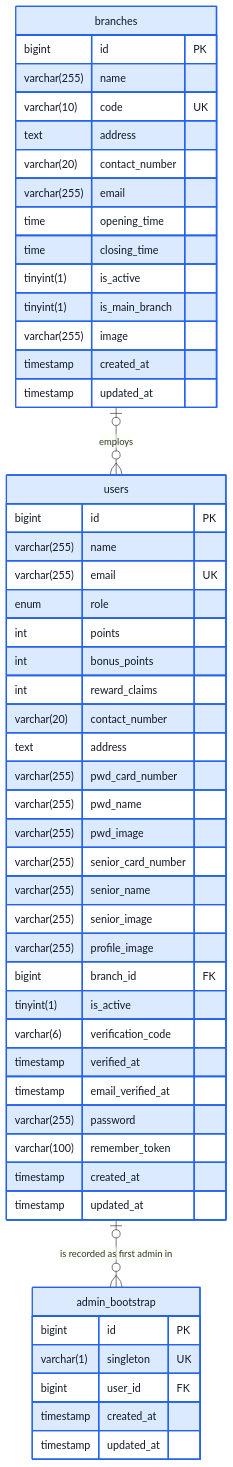
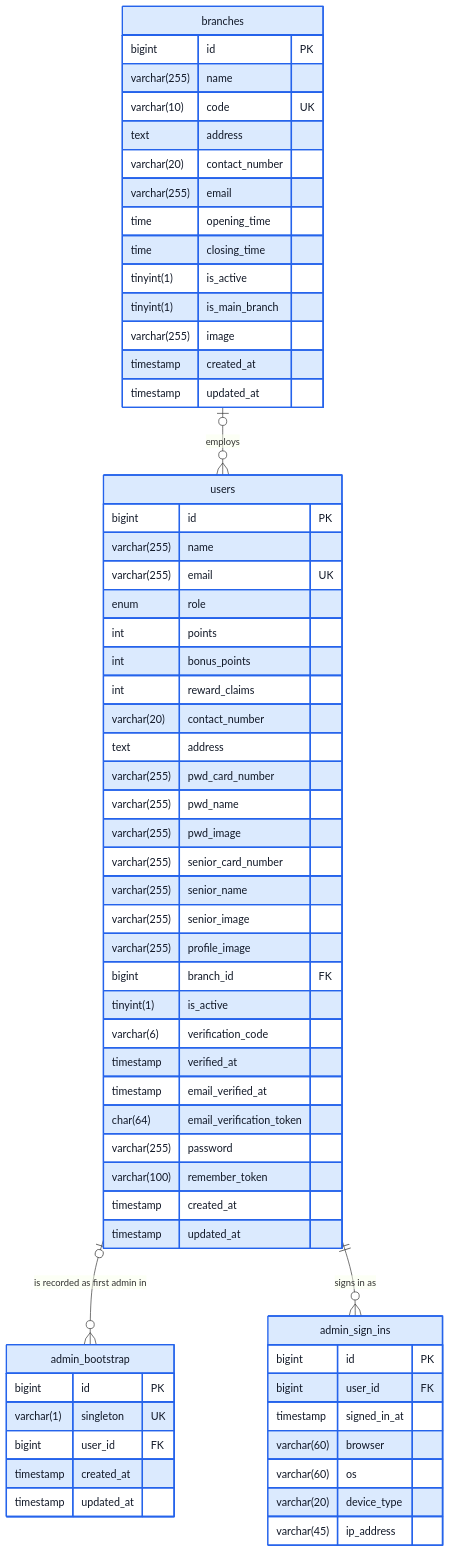
Before and after one commit to DuckonSteroidzz/POMIDA: the diagram in docs/erd/mmd/01-users-branches.mmd, drawn with Mermaid. The commit also changed 86 other files, not shown here.

```diff
--- a/docs/erd/mmd/01-users-branches.mmd
+++ b/docs/erd/mmd/01-users-branches.mmd
@@ -1,64 +1,75 @@
-%% POMIDA ERD - POMIDA — Module 1: Users & Branches - generated 2026-10-22 from pomida_db
+%% POMIDA ERD - POMIDA — Module 1: Users & Branches - generated 2026-10-31 from pomida_db_testing
 %% Solid line = database foreign key. Dotted line = model-only relationship (Eloquent, no database FK).
 %% In this source "decimal(10_2)" stands for decimal(10,2): Mermaid cannot parse a comma inside a type.
 erDiagram
     users {
         bigint id PK
         varchar(255) name
         varchar(255) email UK
         enum role
         int points
         int bonus_points
         int reward_claims
         varchar(20) contact_number
         text address
         varchar(255) pwd_card_number
         varchar(255) pwd_name
         varchar(255) pwd_image
         varchar(255) senior_card_number
         varchar(255) senior_name
         varchar(255) senior_image
         varchar(255) profile_image
         bigint branch_id FK
         tinyint(1) is_active
         varchar(6) verification_code
         timestamp verified_at
         timestamp email_verified_at
+        char(64) email_verification_token
         varchar(255) password
         varchar(100) remember_token
         timestamp created_at
         timestamp updated_at
     }
     branches {
         bigint id PK
         varchar(255) name
         varchar(10) code UK
         text address
         varchar(20) contact_number
         varchar(255) email
         time opening_time
         time closing_time
         tinyint(1) is_active
         tinyint(1) is_main_branch
         varchar(255) image
         timestamp created_at
         timestamp updated_at
     }
     admin_bootstrap {
         bigint id PK
         varchar(1) singleton UK
         bigint user_id FK
         timestamp created_at
         timestamp updated_at
     }
+    admin_sign_ins {
+        bigint id PK
+        bigint user_id FK
+        timestamp signed_in_at
+        varchar(60) browser
+        varchar(60) os
+        varchar(20) device_type
+        varchar(45) ip_address
+    }
 
     branches |o--o{ users : "employs"
     users |o--o{ admin_bootstrap : "is recorded as first admin in"
+    users ||--o{ admin_sign_ins : "signs in as"
 
     classDef mod_users fill:#dbeafe,stroke:#2563eb,stroke-width:2px,color:#111827
     classDef mod_menu fill:#fef3c7,stroke:#d97706,stroke-width:2px,color:#111827
     classDef mod_orders fill:#dcfce7,stroke:#16a34a,stroke-width:2px,color:#111827
     classDef mod_inventory fill:#fce7f3,stroke:#db2777,stroke-width:2px,color:#111827
     classDef mod_marketing fill:#ede9fe,stroke:#7c3aed,stroke-width:2px,color:#111827
     classDef ext fill:#f1f5f9,stroke:#94a3b8,stroke-width:2px,stroke-dasharray:5 4,color:#475569
-    class users,branches,admin_bootstrap mod_users
+    class users,branches,admin_bootstrap,admin_sign_ins mod_users
```
